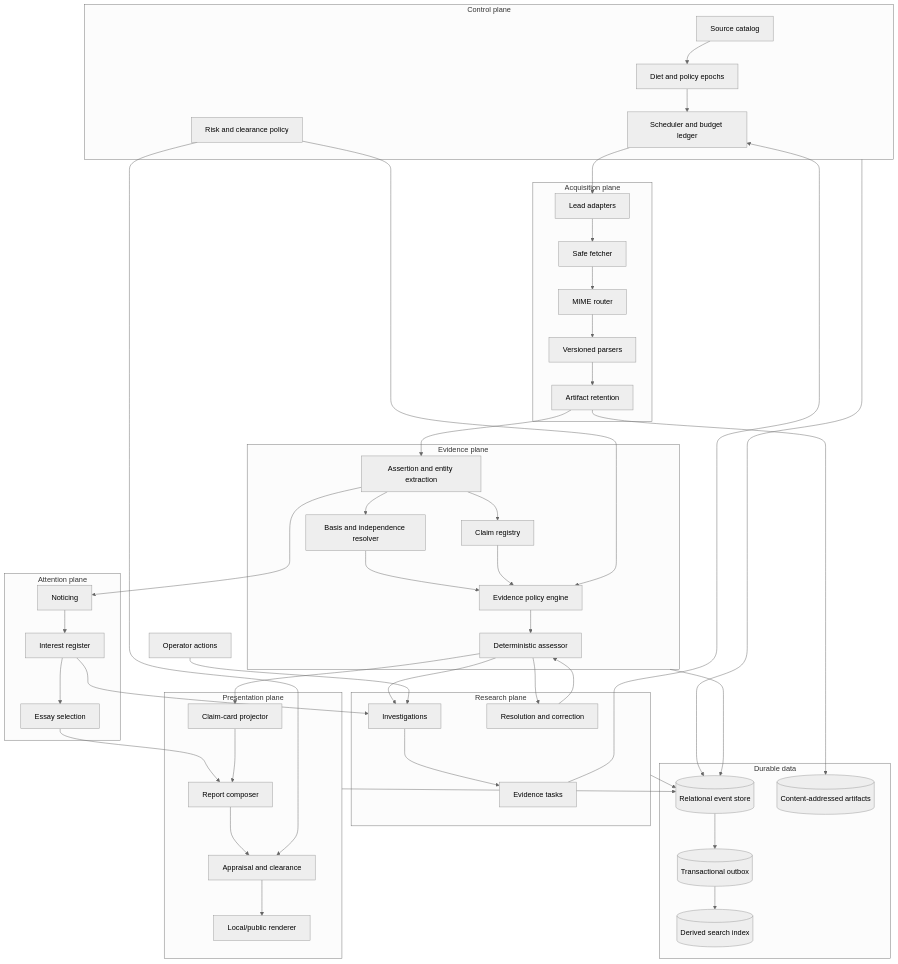
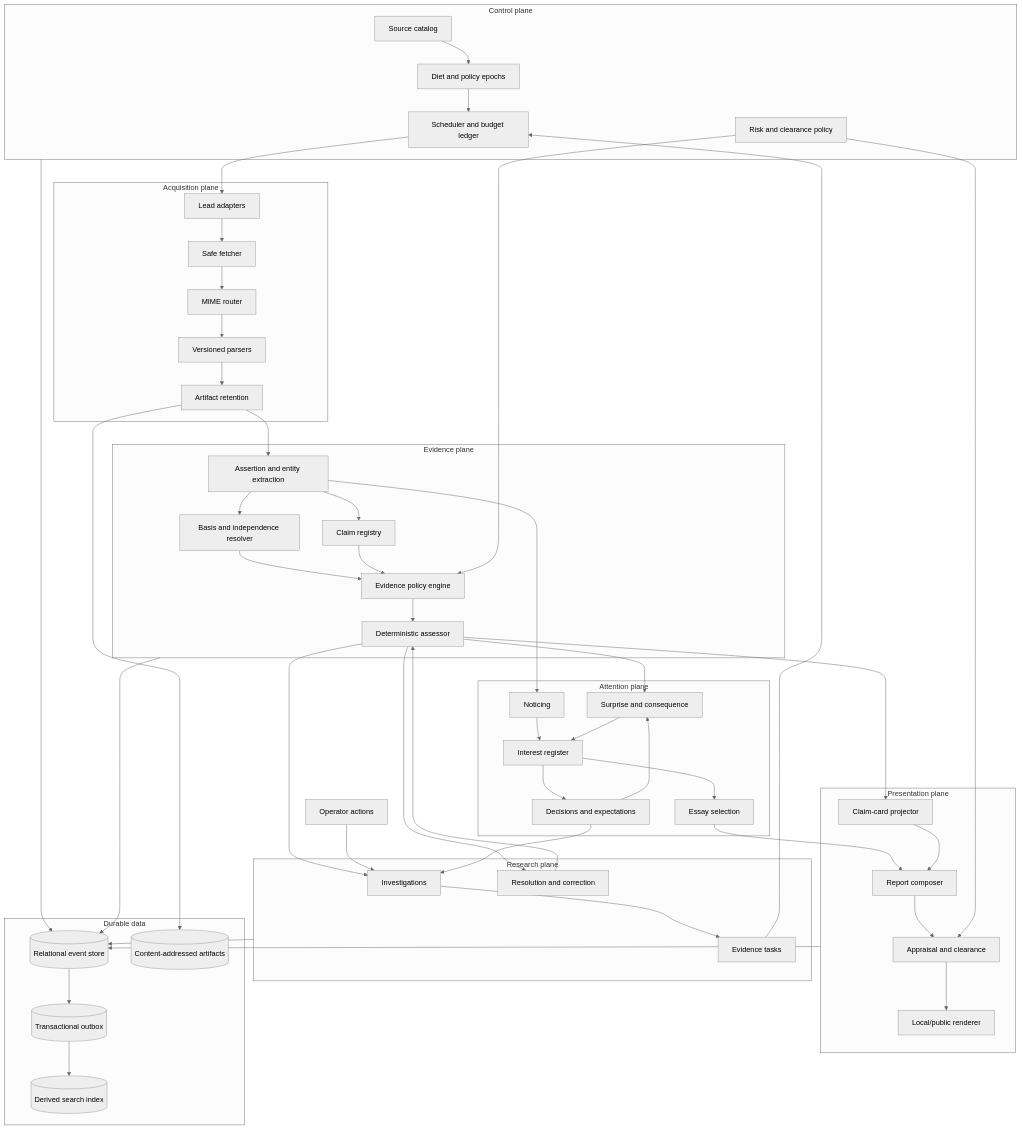
Before and after one commit to deanpreese/NewZ: the second of 4 diagrams in ARCHITECTURE.md, drawn with Mermaid (neutral theme). The commit also changed other lines of this file and 3 other files, not shown here.

````diff
--- a/ARCHITECTURE.md
+++ b/ARCHITECTURE.md
@@ -39,72 +39,76 @@
 ```mermaid
 flowchart TB
     subgraph CONTROL[Control plane]
         CATALOG[Source catalog]
         EPOCH[Diet and policy epochs]
         BUDGET[Scheduler and budget ledger]
         RISK[Risk and clearance policy]
     end
 
     subgraph ACQUIRE[Acquisition plane]
         LEADS[Lead adapters]
         FETCHER[Safe fetcher]
         ROUTER[MIME router]
         PARSERS[Versioned parsers]
         RETAIN[Artifact retention]
     end
 
     subgraph EVIDENCE[Evidence plane]
         EXTRACT[Assertion and entity extraction]
         CLAIMS[Claim registry]
         BASIS[Basis and independence resolver]
         QUALIFY[Evidence policy engine]
         ASSESS[Deterministic assessor]
     end
 
     subgraph ATTENTION[Attention plane]
         NOTICE[Noticing]
         INTEREST[Interest register]
         PICK[Essay selection]
+        DECIDE[Decisions and expectations]
+        CONSEQ[Surprise and consequence]
     end
 
     subgraph RESEARCH[Research plane]
         INVEST[Investigations]
         TASKS[Evidence tasks]
         RESOLVE[Resolution and correction]
     end
 
     subgraph PRESENT[Presentation plane]
         CARD[Claim-card projector]
         COMPOSE[Report composer]
         APPRAISE[Appraisal and clearance]
         PUBLISH[Local/public renderer]
     end
 
     subgraph DATA[Durable data]
         DB[(Relational event store)]
         OBJ[(Content-addressed artifacts)]
         IDX[(Derived search index)]
         OUTBOX[(Transactional outbox)]
     end
 
     CATALOG --> EPOCH --> BUDGET
     BUDGET --> LEADS --> FETCHER --> ROUTER --> PARSERS --> RETAIN
     RETAIN --> OBJ
     RETAIN --> EXTRACT --> CLAIMS
     EXTRACT --> BASIS --> QUALIFY --> ASSESS
     CLAIMS --> QUALIFY
     ASSESS --> INVEST --> TASKS --> BUDGET
     OPERATOR[Operator actions] --> INVEST
-    EXTRACT --> NOTICE --> INTEREST --> INVEST
+    EXTRACT --> NOTICE --> INTEREST --> DECIDE --> INVEST
     INTEREST --> PICK --> COMPOSE
+    ASSESS --> CONSEQ --> INTEREST
+    DECIDE --> CONSEQ
     ASSESS --> RESOLVE --> ASSESS
     ASSESS --> CARD --> COMPOSE --> APPRAISE --> PUBLISH
     RISK --> QUALIFY
     RISK --> APPRAISE
 
     CONTROL --> DB
     EVIDENCE --> DB
     RESEARCH --> DB
     PRESENT --> DB
     DB --> OUTBOX --> IDX
 ```
````
